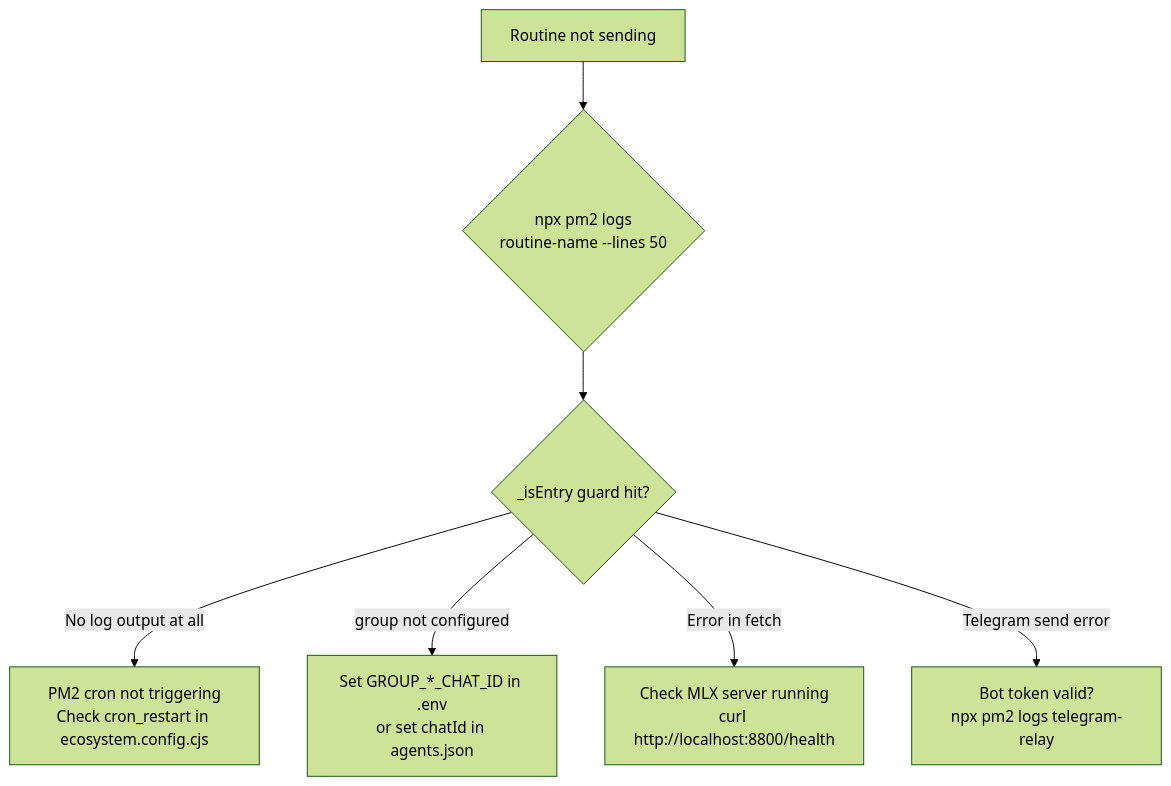
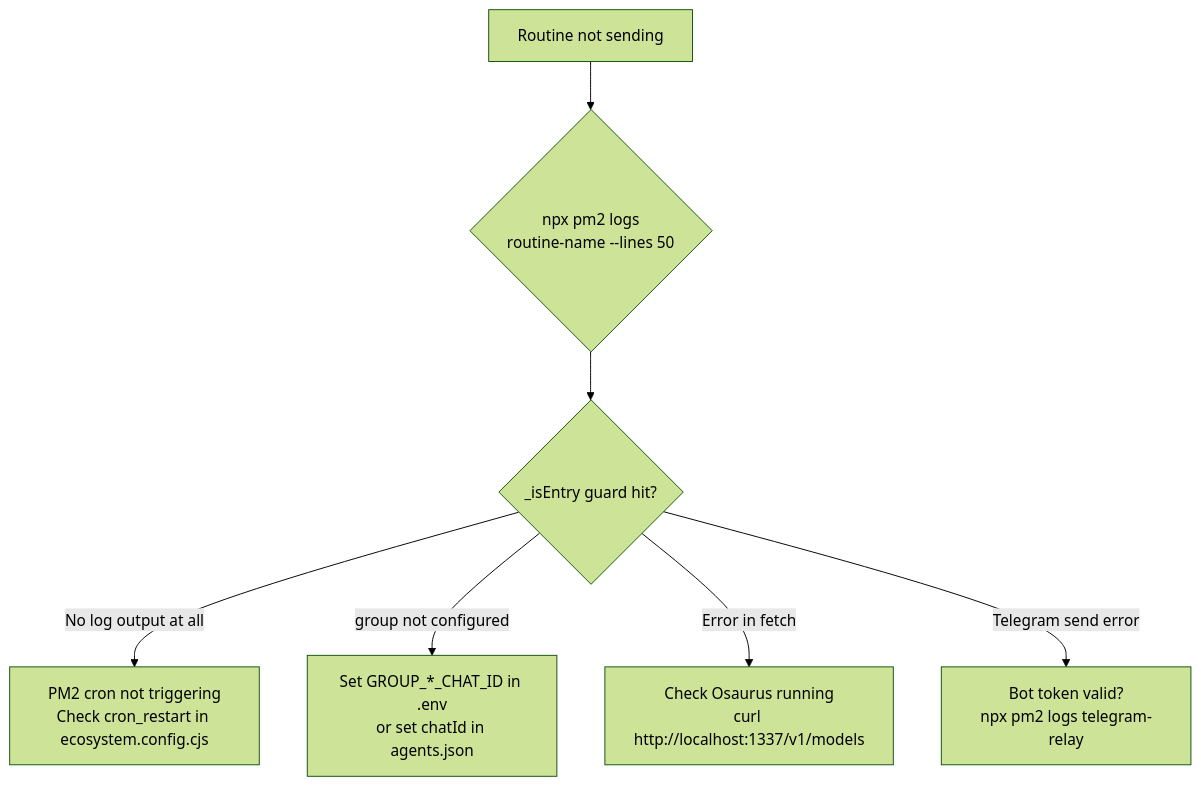
Before and after one commit to furi-wigt/claude-telegram-relay: the fifth of 6 diagrams in docs/observability.md, drawn with Mermaid (forest theme). The commit also changed other lines of this file and 23 other files, not shown here.

````diff
--- a/docs/observability.md
+++ b/docs/observability.md
@@ -262,9 +262,9 @@
 ```mermaid
 flowchart TD
     A[Routine not sending] --> B{npx pm2 logs\nroutine-name --lines 50}
     B --> C{_isEntry guard hit?}
     C -->|No log output at all| D[PM2 cron not triggering\nCheck cron_restart in ecosystem.config.cjs]
     C -->|"group not configured"| E[Set GROUP_*_CHAT_ID in .env\nor set chatId in agents.json]
-    C -->|Error in fetch| F[Check MLX server running\ncurl http://localhost:8800/health]
+    C -->|Error in fetch| F[Check Osaurus running\ncurl http://localhost:1337/v1/models]
     C -->|Telegram send error| G[Bot token valid?\nnpx pm2 logs telegram-relay]
 ```
````
